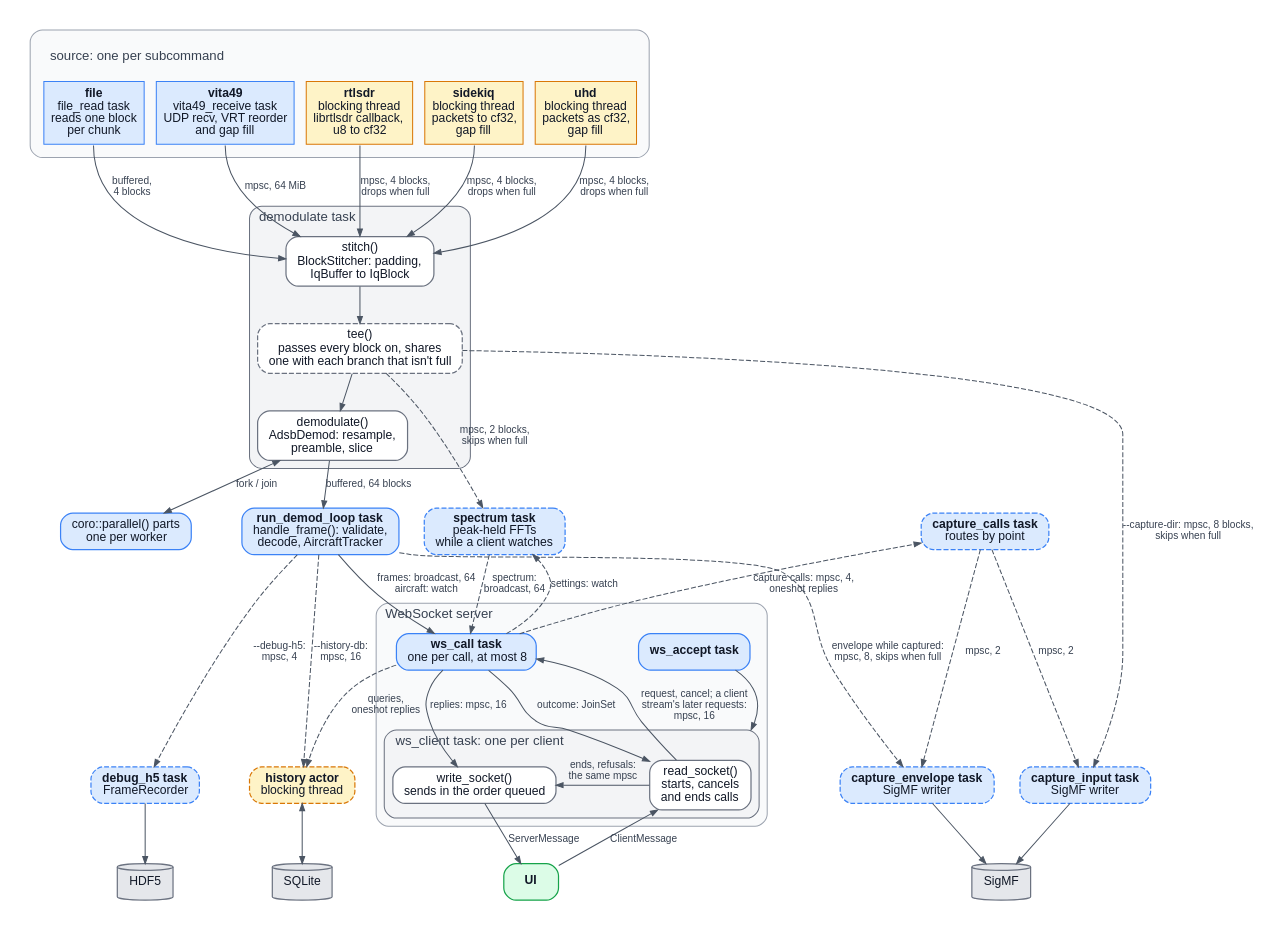
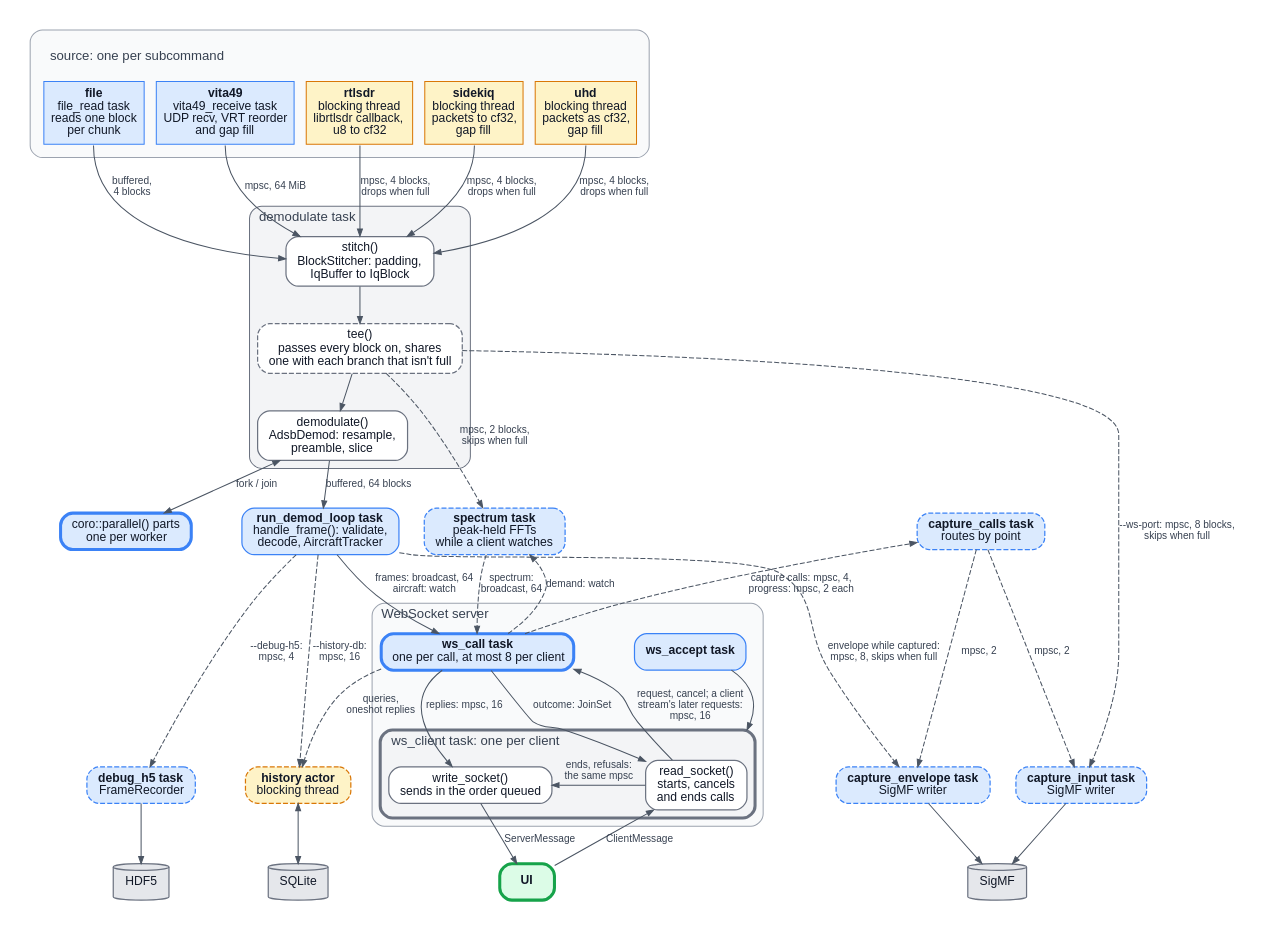
The diagram in doc/images/pipeline.dot (bts164/ADSB-Decoder), drawn with Graphviz before and after one commit. The commit also changed 43 other files, not shown here.

```diff
--- a/doc/images/pipeline.dot
+++ b/doc/images/pipeline.dot
@@ -1,121 +1,122 @@
 // The receiver's pipeline, shown in README.md as pipeline.svg. After editing, regenerate it from this directory:
 //
 //     dot -Tsvg pipeline.dot -o pipeline.svg
 //
 // Colours: blue, a task; amber, a task on a blocking thread; white in a grey frame, a stage run in its frame's
-// task, not a task of its own; grey cylinders, files. Dashed, there only with the option an arrow names.
+// task, not a task of its own; grey cylinders, files. Dashed, there only with the option an arrow names. A thick
+// border, more than one at once.
 digraph pipeline {
     graph [
         rankdir=TB, newrank=true, compound=true, bgcolor="white", pad=0.3, nodesep=0.35, ranksep=0.5,
         fontname="Helvetica,Arial,sans-serif", fontsize=13, fontcolor="#374151", labeljust=l
     ];
     node [
         shape=box, style="rounded,filled", fillcolor="#dbeafe", color="#3b82f6", penwidth=1.2,
         fontname="Helvetica,Arial,sans-serif", fontsize=12, fontcolor="#111827", margin="0.15,0.07"
     ];
     edge [
         color="#4b5563", fontname="Helvetica,Arial,sans-serif", fontsize=10, fontcolor="#374151", arrowsize=0.7
     ];
 
     // Sources: one per subcommand. One node with a cell per source, so their order is fixed.
     SRC [shape=plain, style="", label=<
         <table border="1" color="#9ca3af" bgcolor="#f9fafb" style="rounded" cellspacing="12" cellpadding="6">
         <tr><td colspan="5" align="left" border="0"><font point-size="13" color="#374151">source: one per subcommand</font></td></tr>
         <tr>
         <td port="file" border="1" color="#3b82f6" bgcolor="#dbeafe"><b>file</b><br/>file_read task<br/>reads one block<br/>per chunk</td>
         <td port="vita49" border="1" color="#3b82f6" bgcolor="#dbeafe"><b>vita49</b><br/>vita49_receive task<br/>UDP recv, VRT reorder<br/>and gap fill</td>
         <td port="rtlsdr" border="1" color="#d97706" bgcolor="#fef3c7"><b>rtlsdr</b><br/>blocking thread<br/>librtlsdr callback,<br/>u8 to cf32</td>
         <td port="sidekiq" border="1" color="#d97706" bgcolor="#fef3c7"><b>sidekiq</b><br/>blocking thread<br/>packets to cf32,<br/>gap fill</td>
         <td port="uhd" border="1" color="#d97706" bgcolor="#fef3c7"><b>uhd</b><br/>blocking thread<br/>packets as cf32,<br/>gap fill</td>
         </tr>
         </table>>];
 
     subgraph cluster_demod {
         label="demodulate task"; style="rounded,filled"; fillcolor="#f3f4f6"; color="#6b7280";
         node [fillcolor="white", color="#6b7280"];
         STITCH [label=<stitch()<br/>BlockStitcher: padding,<br/>IqBuffer to IqBlock>];
         TEE [label=<tee()<br/>passes every block on, shares<br/>one with each branch that isn't full>,
              style="rounded,filled,dashed"];
         DEMOD [label=<demodulate()<br/>AdsbDemod: resample,<br/>preamble, slice>];
     }
-    PAR [label=<coro::parallel() parts<br/>one per worker>];
+    PAR [label=<coro::parallel() parts<br/>one per worker>, penwidth=3];
 
     SINK [label=<<b>run_demod_loop task</b><br/>handle_frame(): validate,<br/>decode, AircraftTracker>];
 
     node [style="rounded,filled,dashed"];
     REC [label=<<b>debug_h5 task</b><br/>FrameRecorder>];
     HIST [label=<<b>history actor</b><br/>blocking thread>, fillcolor="#fef3c7", color="#d97706"];
     SPEC [label=<<b>spectrum task</b><br/>peak-held FFTs<br/>while a client watches>];
     CAPI [label=<<b>capture_input task</b><br/>SigMF writer>];
     CAPR [label=<<b>capture_calls task</b><br/>routes by point>];
     CAPE [label=<<b>capture_envelope task</b><br/>SigMF writer>];
     node [style="rounded,filled"];
 
     subgraph cluster_ws {
         label="WebSocket server"; style="rounded,filled"; fillcolor="#f9fafb"; color="#9ca3af";
         ACC [label=<<b>ws_accept task</b>>];
-        CALL [label=<<b>ws_call task</b><br/>one per call, at most 8>];
+        CALL [label=<<b>ws_call task</b><br/>one per call, at most 8 per client>, penwidth=3];
         subgraph cluster_client {
-            label="ws_client task: one per client"; style="rounded,filled"; fillcolor="#f3f4f6"; color="#6b7280";
-            node [fillcolor="white", color="#6b7280"];
+            label="ws_client task: one per client"; style="rounded,filled"; fillcolor="#f3f4f6"; color="#6b7280"; penwidth=3;
+            node [fillcolor="white", color="#6b7280", penwidth=1.2];
             READ [label=<read_socket()<br/>starts, cancels<br/>and ends calls>];
             WRITE [label=<write_socket()<br/>sends in the order queued>];
         }
     }
 
     node [shape=cylinder, style=filled, fillcolor="#e5e7eb", color="#6b7280"];
     H5 [label="HDF5"];
     DB [label="SQLite"];
     SIGMF [label="SigMF"];
-    UI [shape=box, style="rounded,filled", fillcolor="#dcfce7", color="#16a34a", label=<<b>UI</b>>];
+    UI [shape=box, style="rounded,filled", fillcolor="#dcfce7", color="#16a34a", penwidth=3, label=<<b>UI</b>>];
 
     // Rows, top to bottom.
     { rank=same; TEE; }
     { rank=same; PAR -> SINK [style=invis]; SPEC; CAPR; }
     { rank=same; CALL; ACC; }
     { rank=same; READ; WRITE; REC -> HIST [style=invis]; CAPI; CAPE; }
     { rank=same; H5; DB; SIGMF; UI; }
     // The main chain.
     SRC:file:s -> STITCH [label="buffered,\n4 blocks"];
     SRC:vita49:s -> STITCH [label="mpsc, 64 MiB"];
     SRC:rtlsdr:s -> STITCH [label="mpsc, 4 blocks,\ndrops when full"];
     SRC:sidekiq:s -> STITCH [label="mpsc, 4 blocks,\ndrops when full"];
     SRC:uhd:s -> STITCH [label="mpsc, 4 blocks,\ndrops when full"];
     STITCH -> TEE;
     TEE -> DEMOD;
     TEE -> SPEC [label="mpsc, 2 blocks,\nskips when full", style=dashed];
-    TEE -> CAPI [label="--capture-dir: mpsc, 8 blocks,\nskips when full", style=dashed];
+    TEE -> CAPI [label="--ws-port: mpsc, 8 blocks,\nskips when full", style=dashed];
     DEMOD -> PAR [label="fork / join", dir=both];
     DEMOD -> SINK [label="buffered, 64 blocks"];
 
     // The demod loop's outputs.
     SINK -> REC [label="--debug-h5:\nmpsc, 4", style=dashed];
     SINK -> HIST [label="--history-db:\nmpsc, 16", style=dashed];
     SINK -> CALL [label="frames: broadcast, 64\naircraft: watch"];
     SINK -> CAPE [label="envelope while captured:\nmpsc, 8, skips when full", style=dashed];
     REC -> H5;
     HIST -> DB [dir=both];
 
     // Capture.
     CAPR -> CAPI [label="mpsc, 2", style=dashed];
     CAPR -> CAPE [label="mpsc, 2", style=dashed];
     CAPI -> SIGMF;
     CAPE -> SIGMF;
 
     // Into and out of the WebSocket server.
     SPEC -> CALL [label="spectrum:\nbroadcast, 64", style=dashed];
     //SRC:vita49:s -> CALL [label="input status: watch", style=dashed, constraint=false];
-    CALL -> SPEC [label="settings: watch", style=dashed, constraint=false];
+    CALL -> SPEC [label="demand: watch", style=dashed, constraint=false];
     CALL -> HIST [label="queries,\noneshot replies", style=dashed, constraint=false];
-    CALL -> CAPR [label="capture calls: mpsc, 4,\noneshot replies", style=dashed, constraint=false];
+    CALL -> CAPR [label="capture calls: mpsc, 4,\nprogress: mpsc, 2 each", style=dashed, constraint=false];
 
     // Inside it.
     ACC -> READ [lhead=cluster_client];
     CALL -> READ [label="outcome: JoinSet"];
     READ -> CALL [label="request, cancel; a client\nstream's later requests:\nmpsc, 16", constraint=false];
     CALL -> WRITE [label="replies: mpsc, 16"];
     READ -> WRITE [label="ends, refusals:\nthe same mpsc"];
     { rank=same; READ; WRITE; }
     READ -> UI [label="ClientMessage", dir=back];
     WRITE -> UI [label="ServerMessage"];
 }
```
